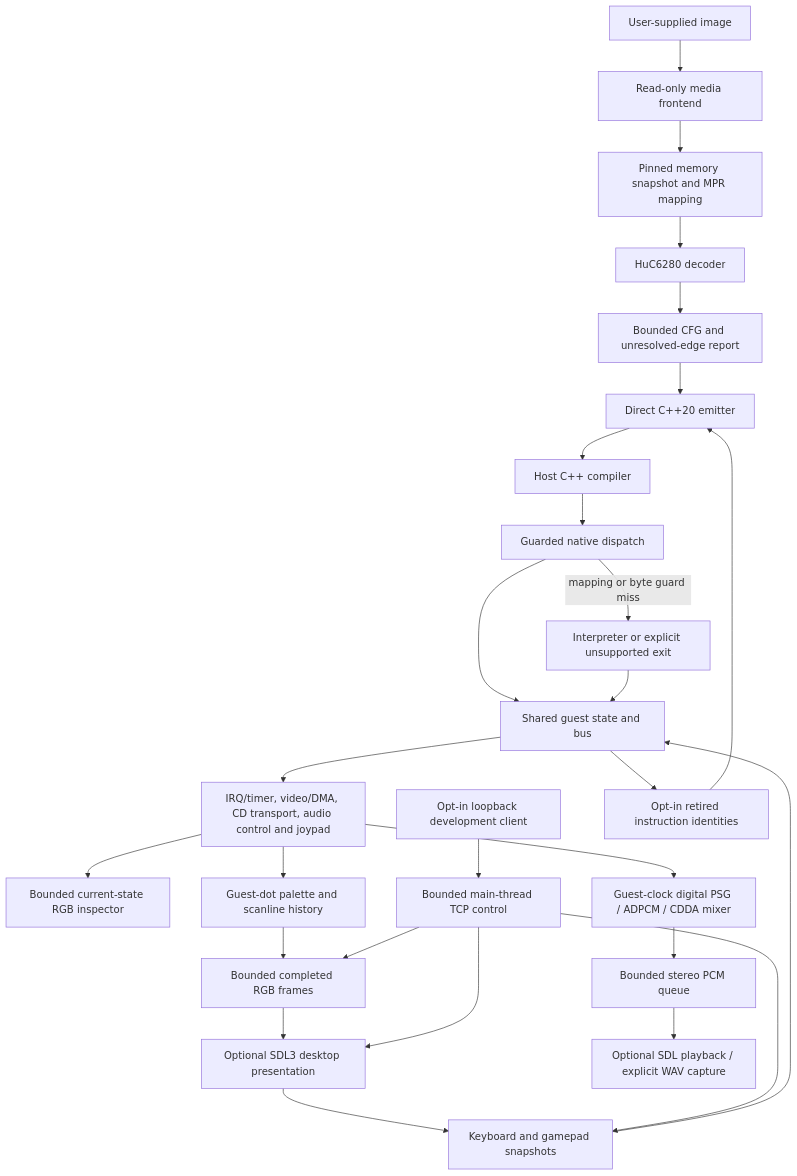
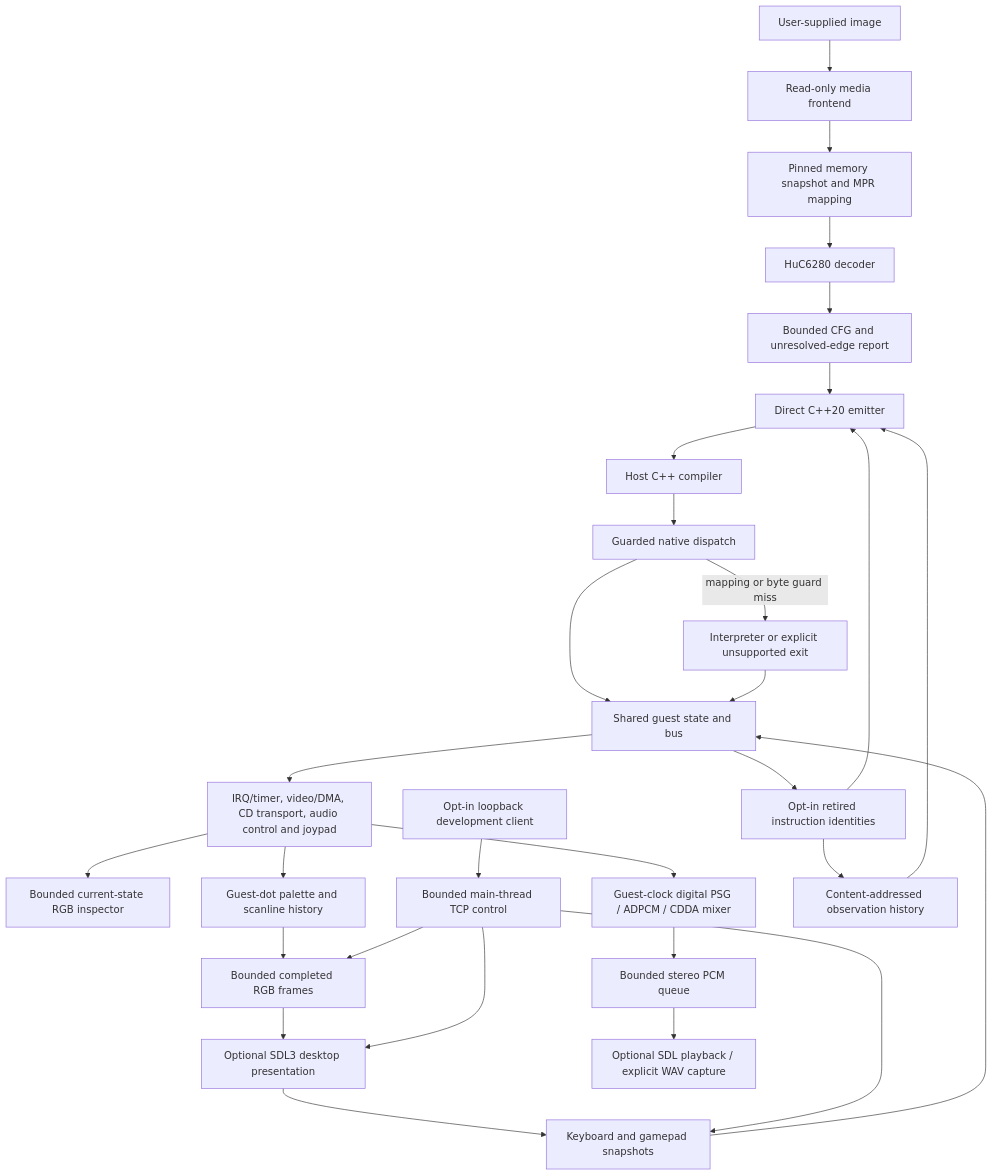
Before and after one commit to rages4calm/pcenginerecomp: the diagram in docs/ARCHITECTURE.md, drawn with Mermaid. The commit also changed other lines of this file and 11 other files, not shown here.

````diff
--- a/docs/ARCHITECTURE.md
+++ b/docs/ARCHITECTURE.md
@@ -11,29 +11,31 @@
 ```mermaid
 flowchart TD
   Image[User-supplied image] --> Media[Read-only media frontend]
   Media --> Snapshot[Pinned memory snapshot and MPR mapping]
   Snapshot --> Decode[HuC6280 decoder]
   Decode --> CFG[Bounded CFG and unresolved-edge report]
   CFG --> Emit[Direct C++20 emitter]
   Emit --> Compiler[Host C++ compiler]
   Compiler --> Native[Guarded native dispatch]
   Native --> Bus[Shared guest state and bus]
   Native -->|mapping or byte guard miss| Fallback[Interpreter or explicit unsupported exit]
   Fallback --> Bus
   Bus --> Profiles[IRQ/timer, video/DMA, CD transport, audio control and joypad]
   Profiles --> Inspect[Bounded current-state RGB inspector]
   Profiles --> Video[Guest-dot palette and scanline history]
   Video --> Frames[Bounded completed RGB frames]
   Frames --> Host[Optional SDL3 desktop presentation]
   Host --> Input[Keyboard and gamepad snapshots]
   Input --> Bus
   Dev[Opt-in loopback development client] --> Control[Bounded main-thread TCP control]
   Control --> Input
   Control --> Frames
   Control --> Host
   Profiles --> Audio[Guest-clock digital PSG / ADPCM / CDDA mixer]
   Audio --> AudioQueue[Bounded stereo PCM queue]
   AudioQueue --> AudioHost[Optional SDL playback / explicit WAV capture]
   Bus --> Capture[Opt-in retired instruction identities]
   Capture --> Emit
+  Capture --> History[Content-addressed observation history]
+  History --> Emit
 ```
````
